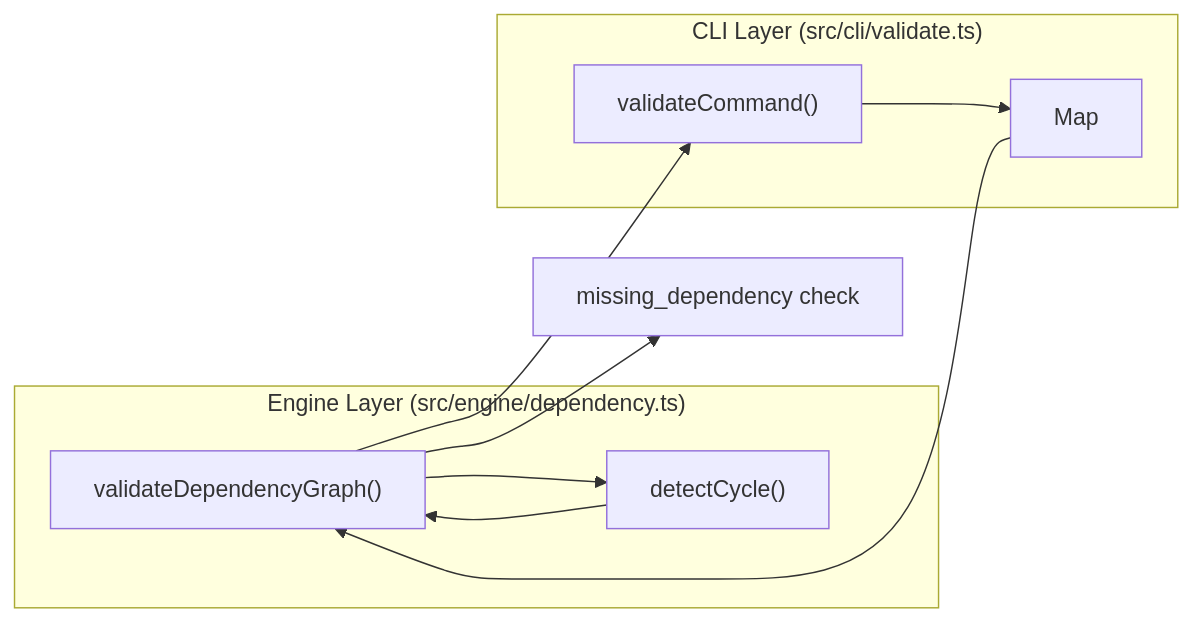
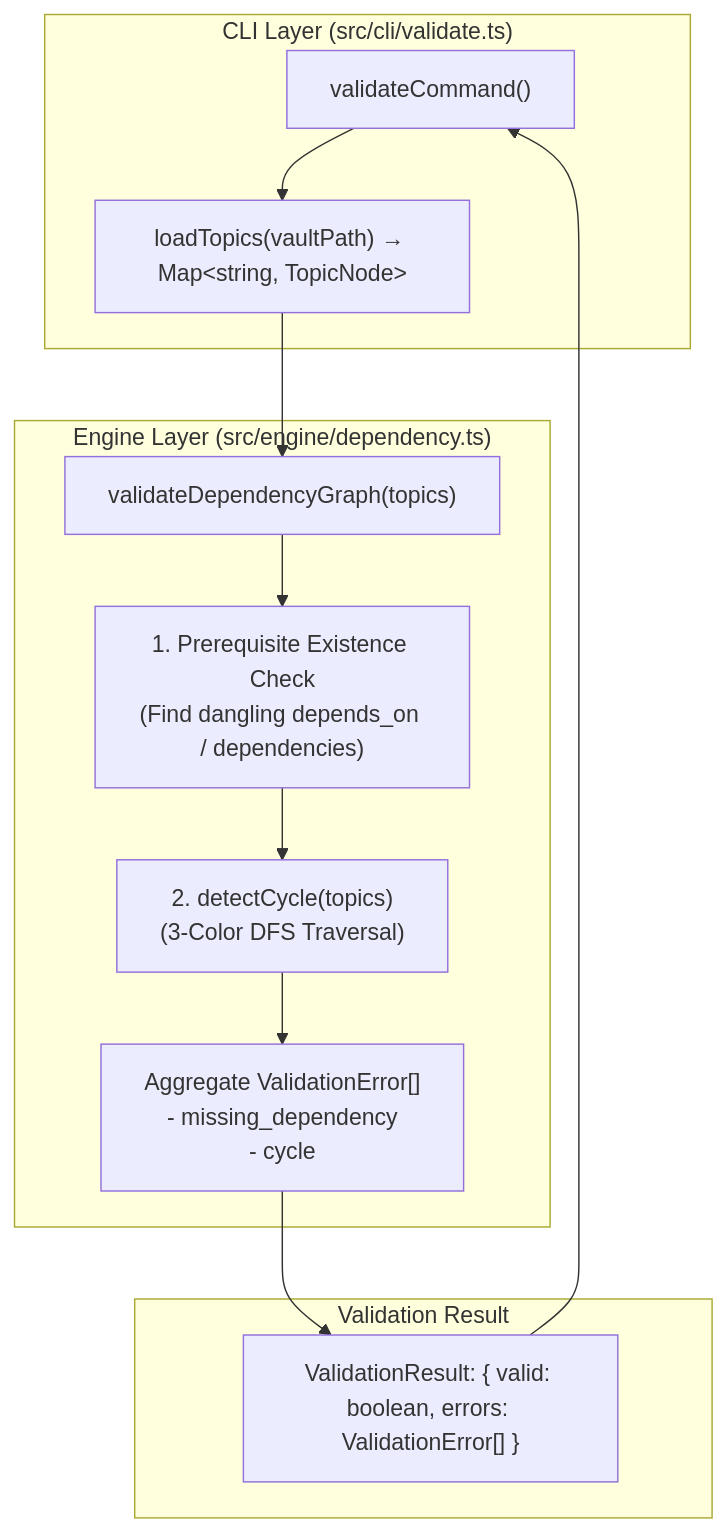
The third of 3 diagrams in docs/03-2-dependency-graph-engine.md (Kuldeep2822k/cli), drawn with Mermaid before and after one commit. The commit also changed other lines of this file and 27 other files, not shown here.

````diff
--- a/docs/03-2-dependency-graph-engine.md
+++ b/docs/03-2-dependency-graph-engine.md
@@ -108,18 +186,26 @@
 ```mermaid
-flowchart LR
-    MD["missing_dependency check"]
-    subgraph subGraph1 ["Engine Layer (src/engine/dependency.ts)"]
-        VDG["validateDependencyGraph()"]
-        DC["detectCycle()"]
+flowchart TD
+    subgraph CLI ["CLI Layer (src/cli/validate.ts)"]
+        VC["validateCommand()"]
+        Load["loadTopics(vaultPath) &rarr; Map&lt;string, TopicNode&gt;"]
     end
-    subgraph subGraph0 ["CLI Layer (src/cli/validate.ts)"]
-        VC["validateCommand()"]
-        Map["Map"]
+
+    subgraph Engine ["Engine Layer (src/engine/dependency.ts)"]
+        VDG["validateDependencyGraph(topics)"]
+        CheckDangling["1. Prerequisite Existence Check<br/>(Find dangling depends_on / dependencies)"]
+        RunDFS["2. detectCycle(topics)<br/>(3-Color DFS Traversal)"]
+        CollectErrors["Aggregate ValidationError[]<br/>- missing_dependency<br/>- cycle"]
     end
-    VC --> Map
-    Map --> VDG
-    VDG --> MD
-    VDG --> DC
-    DC --> VDG
-    VDG --> VC
+
+    subgraph Result ["Validation Result"]
+        VResult["ValidationResult: { valid: boolean, errors: ValidationError[] }"]
+    end
+
+    VC --> Load
+    Load --> VDG
+    VDG --> CheckDangling
+    CheckDangling --> RunDFS
+    RunDFS --> CollectErrors
+    CollectErrors --> VResult
+    VResult --> VC
 ```
````
